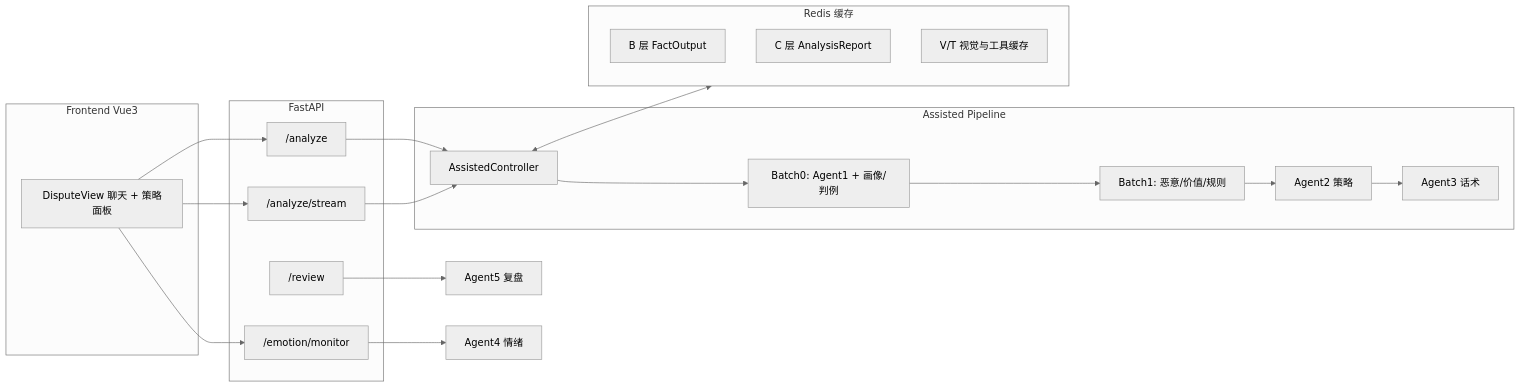
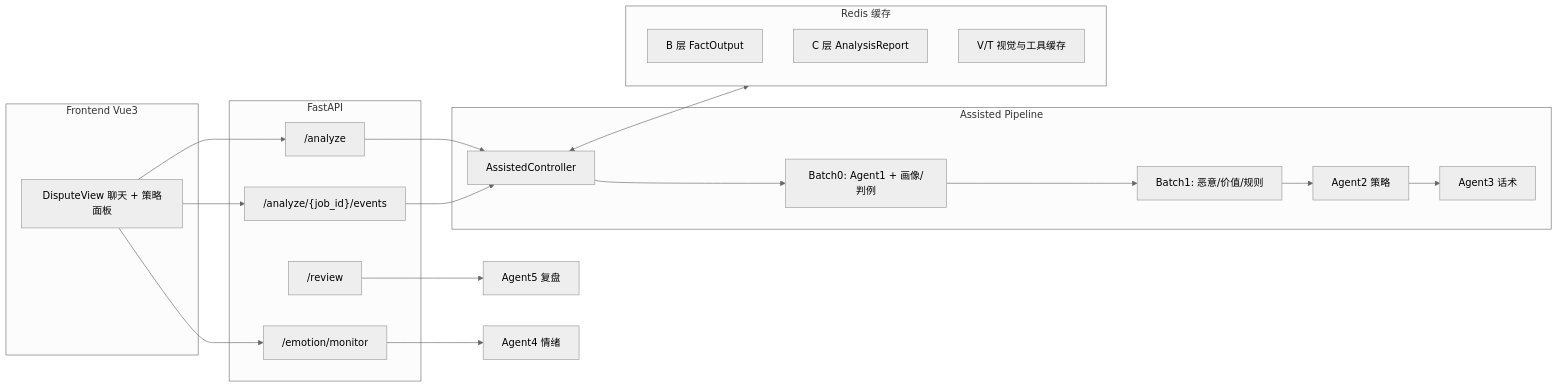
The diagram in README.md (6Stephen-git/After-sales-E-commerce-Assistant), drawn with Mermaid (neutral theme) before and after one commit. The commit also changed other lines of this file and 44 other files, not shown here.

````diff
--- a/README.md
+++ b/README.md
@@ -31,37 +31,37 @@
 ```mermaid
 flowchart LR
   subgraph frontend [Frontend Vue3]
     UI[DisputeView 聊天 + 策略面板]
   end
 
   subgraph api [FastAPI]
     A1["/analyze"]
-    A2["/analyze/stream"]
+    A2["/analyze/{job_id}/events"]
     E1["/emotion/monitor"]
     R1["/review"]
   end
 
   subgraph pipeline [Assisted Pipeline]
     AC[AssistedController]
     B0[Batch0: Agent1 + 画像/判例]
     B1[Batch1: 恶意/价值/规则]
     A2A[Agent2 策略]
     A3A[Agent3 话术]
   end
 
   subgraph cache [Redis 缓存]
     B[B 层 FactOutput]
     C[C 层 AnalysisReport]
     VT[V/T 视觉与工具缓存]
   end
 
   UI --> A1
   UI --> A2
   UI --> E1
   A1 --> AC
   A2 --> AC
   AC --> B0 --> B1 --> A2A --> A3A
   AC <--> cache
   R1 --> Agent5[Agent5 复盘]
   E1 --> Agent4[Agent4 情绪]
 ```
````
